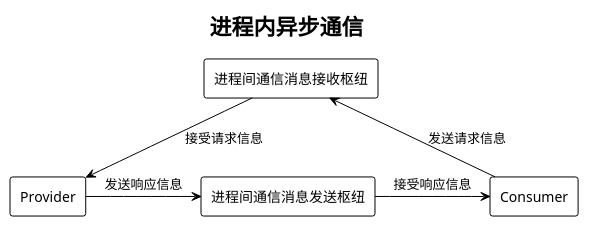
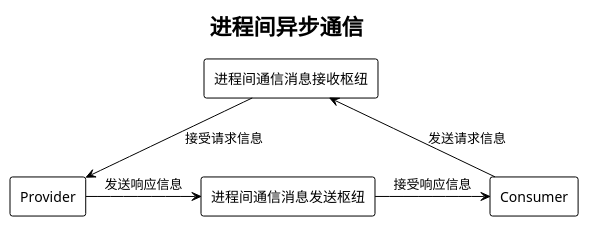
One commit to MatthewKe/openHarmonyNote changed the fifth of 19 diagrams in note.md. Above: the diagram before and after it, drawn with PlantUML. The commit also changed other lines of this file and 1 other file, not shown here.

````diff
--- a/note.md
+++ b/note.md
@@ -64,14 +76,14 @@
 ```plantuml
    !theme plain
-    title 进程内异步通信
+    title 进程间异步通信
     rectangle Provider
     rectangle Consumer
     
     rectangle 进程间通信消息接收枢纽
     rectangle 进程间通信消息发送枢纽
 
     进程间通信消息接收枢纽 <-right- Consumer : 发送请求信息
     Provider <-up- 进程间通信消息接收枢纽 : 接受请求信息
     进程间通信消息发送枢纽 <-left- Provider : 发送响应信息
     Consumer <-left- 进程间通信消息发送枢纽 : 接受响应信息
 ```
````
